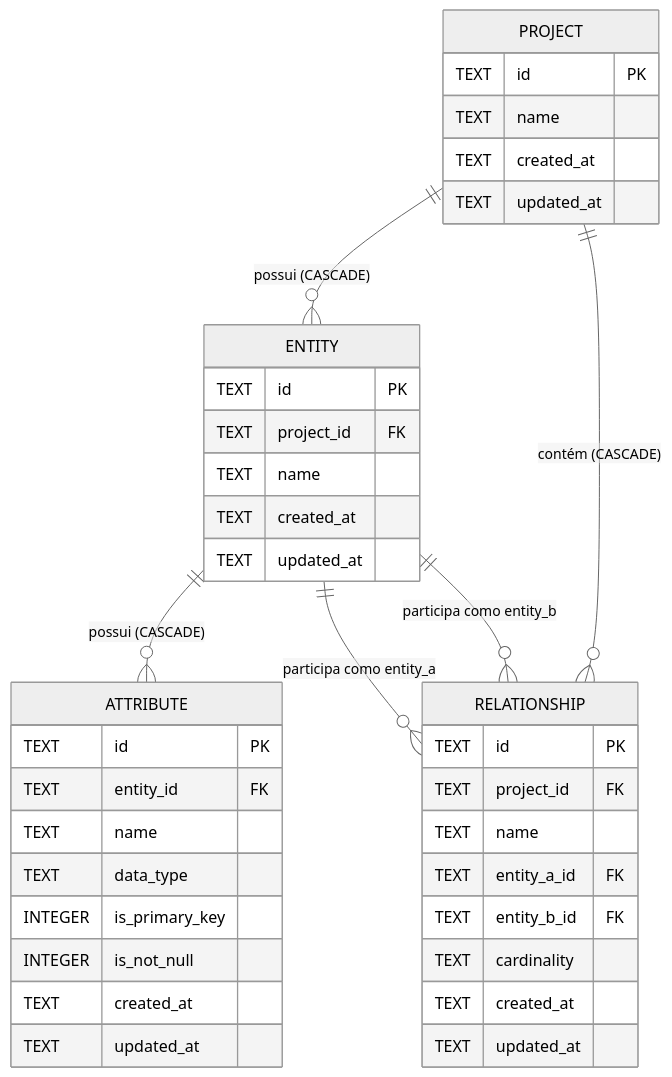
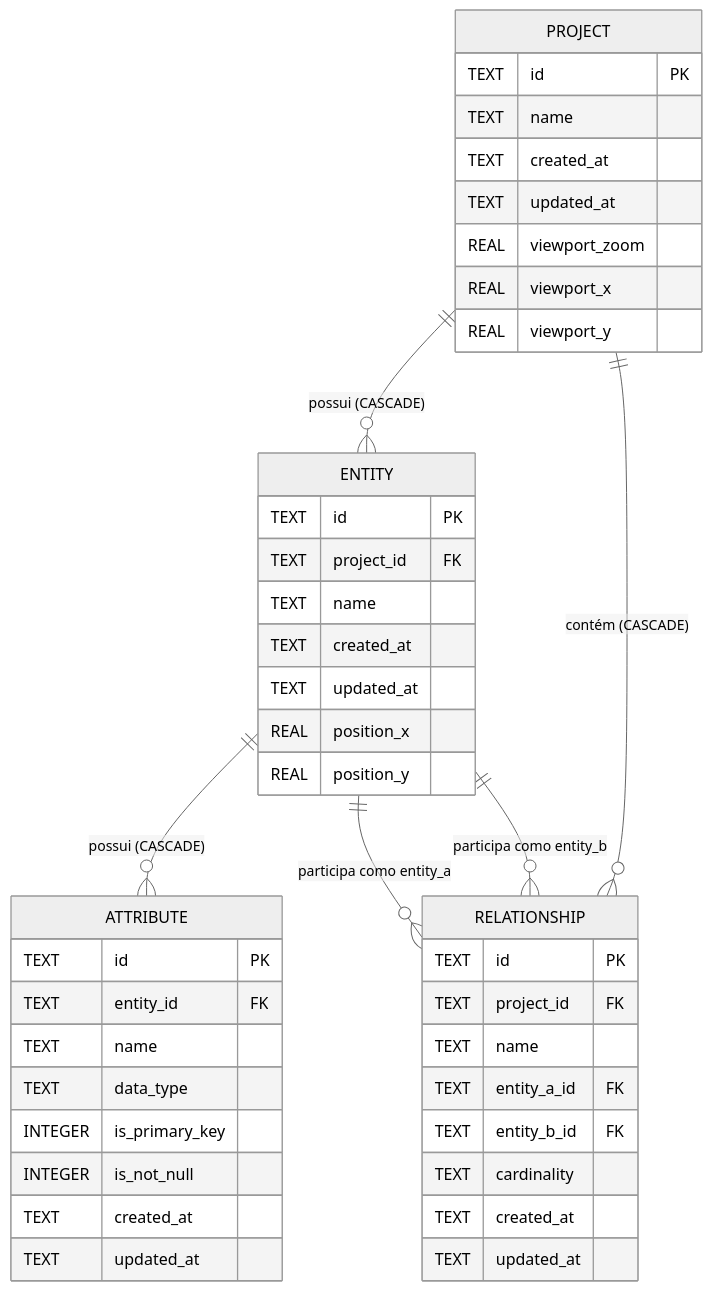
Before and after one commit to FabioFaustino-1/BRModelo-Mobile: the second of 2 diagrams in docs/05-architecture.md, drawn with Mermaid (neutral theme). The commit also changed other lines of this file and 3 other files, not shown here.

````diff
--- a/docs/05-architecture.md
+++ b/docs/05-architecture.md
@@ -95,45 +106,50 @@
 ```mermaid
 erDiagram
     PROJECT ||--o{ ENTITY : "possui (CASCADE)"
     PROJECT ||--o{ RELATIONSHIP : "contém (CASCADE)"
     ENTITY ||--o{ ATTRIBUTE : "possui (CASCADE)"
     ENTITY ||--o{ RELATIONSHIP : "participa como entity_a"
     ENTITY ||--o{ RELATIONSHIP : "participa como entity_b"
 
     PROJECT {
         TEXT id PK
         TEXT name
         TEXT created_at
         TEXT updated_at
+        REAL viewport_zoom
+        REAL viewport_x
+        REAL viewport_y
     }
 
     ENTITY {
         TEXT id PK
         TEXT project_id FK
         TEXT name
         TEXT created_at
         TEXT updated_at
+        REAL position_x
+        REAL position_y
     }
 
     ATTRIBUTE {
         TEXT id PK
         TEXT entity_id FK
         TEXT name
         TEXT data_type
         INTEGER is_primary_key
         INTEGER is_not_null
         TEXT created_at
         TEXT updated_at
     }
 
     RELATIONSHIP {
         TEXT id PK
         TEXT project_id FK
         TEXT name
         TEXT entity_a_id FK
         TEXT entity_b_id FK
         TEXT cardinality
         TEXT created_at
         TEXT updated_at
     }
 ```
````
